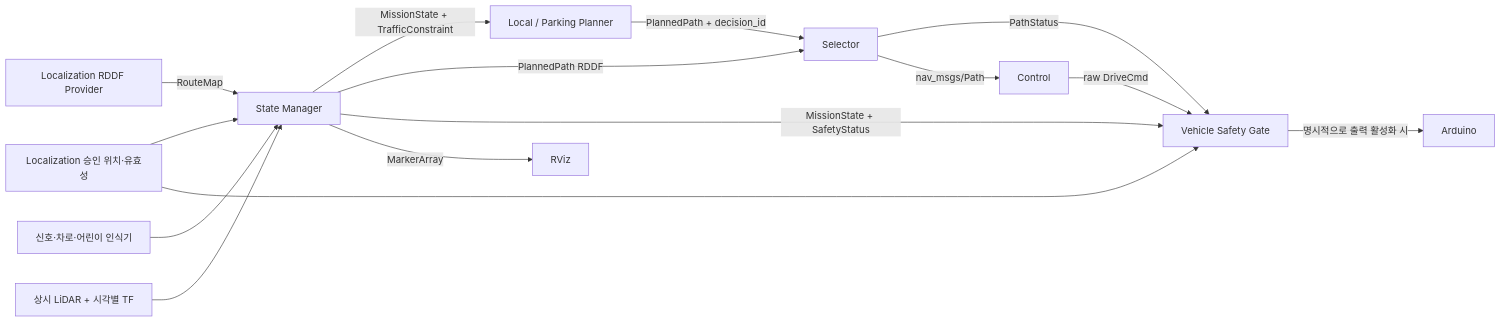
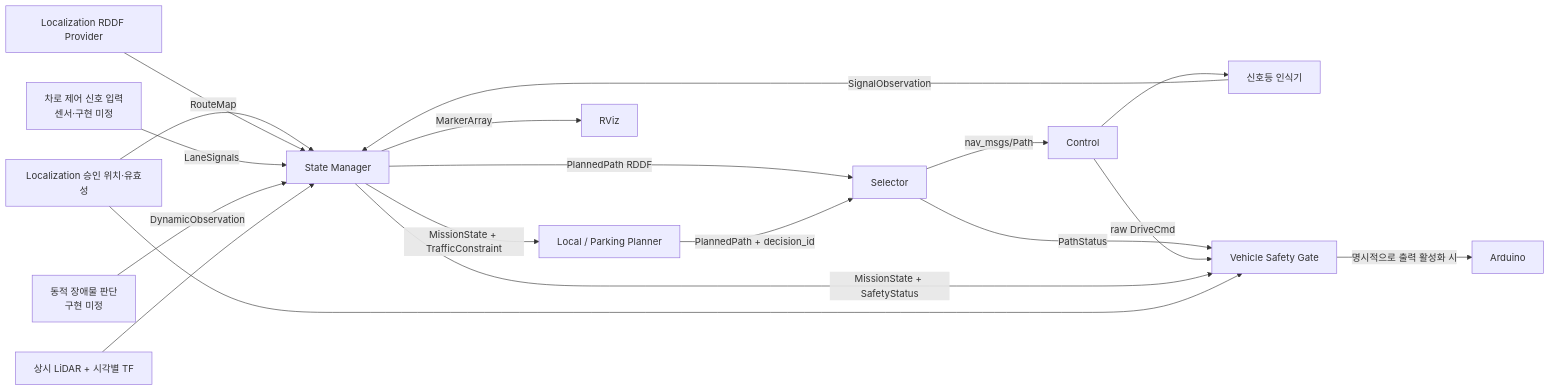
Before and after one commit to Team-Stier/HL-FMA-1-5-2026: the diagram in src/state_manager/README.md, drawn with Mermaid. The commit also changed other lines of this file and 27 other files, not shown here.

Commit message:
Refine path planning architecture

````diff
--- a/src/state_manager/README.md
+++ b/src/state_manager/README.md
@@ -17,17 +17,20 @@
 ```mermaid
 flowchart LR
   L[Localization 승인 위치·유효성] --> S[State Manager]
   R[Localization RDDF Provider] -->|RouteMap| S
-  V[신호·차로·어린이 인식기] --> S
+  C[Camera] --> T[신호등 인식기]
+  T -->|SignalObservation| S
+  LANE[차로 제어 신호 입력<br/>센서·구현 미정] -->|LaneSignals| S
+  DYN[동적 장애물 판단<br/>구현 미정] -->|DynamicObservation| S
   D[상시 LiDAR + 시각별 TF] --> S
   S -->|MissionState + TrafficConstraint| P[Local / Parking Planner]
   S -->|PlannedPath RDDF| X[Selector]
   P -->|PlannedPath + decision_id| X
   X -->|PathStatus| G[Vehicle Safety Gate]
   X -->|nav_msgs/Path| C[Control]
   C -->|raw DriveCmd| G
   S -->|MissionState + SafetyStatus| G
   L --> G
   G -->|명시적으로 출력 활성화 시| A[Arduino]
   S -->|MarkerArray| Z[RViz]
 ```
````
